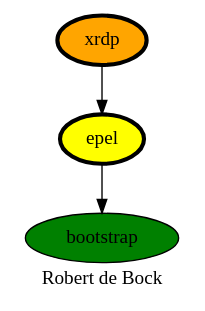
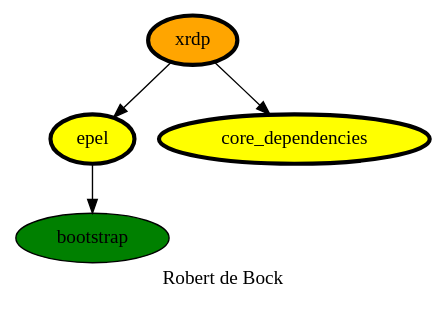
Before and after one commit to robertdebock/drawings: the diagram in xrdp.dot, drawn with Graphviz.

Commit message:
List an extra depenency.

```diff
--- a/xrdp.dot
+++ b/xrdp.dot
@@ -1,11 +1,12 @@
 digraph PhiloDilemma {
   label = "Robert de Bock" ;
   overlap=false
   {
     bootstrap [fillcolor=green style=filled]
     epel [fillcolor=yellow style=filled penwidth=3]
+    "core_dependencies" [fillcolor=yellow style=filled penwidth=3]
     xrdp [fillcolor=orange style=filled penwidth=3]
   }
-  xrdp -> epel
+  xrdp -> {epel "core_dependencies"}
   epel -> bootstrap
 }
```
